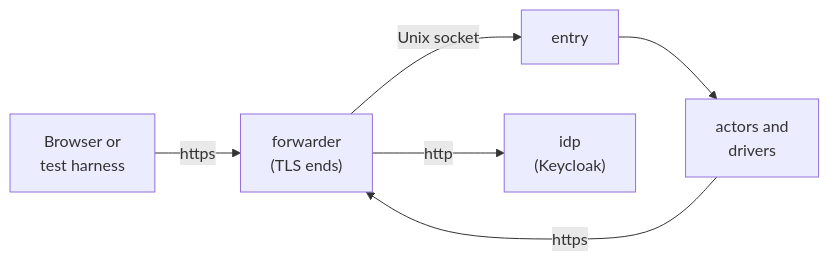
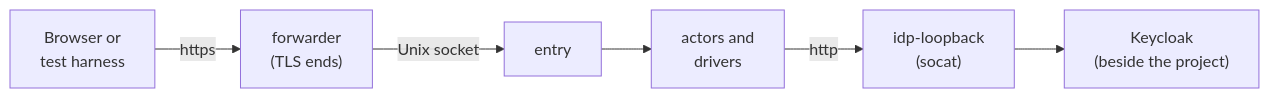
Before and after one commit to truvity/sluis: the diagram in docs/runtimes/local.md, drawn with Mermaid. The commit also changed other lines of this file and 154 other files, not shown here.

````diff
--- a/docs/runtimes/local.md
+++ b/docs/runtimes/local.md
@@ -13,8 +178,8 @@
 ```mermaid
 flowchart LR
   b["Browser or<br/>test harness"] -- "https" --> f["forwarder<br/>(TLS ends)"]
   f -- "Unix socket" --> e["entry"]
-  f -- "http" --> i["idp<br/>(Keycloak)"]
   e --> a["actors and<br/>drivers"]
-  a -- "https" --> f
+  a -- "http" --> s["idp-loopback<br/>(socat)"]
+  s --> i["Keycloak<br/>(beside the project)"]
 ```
````
